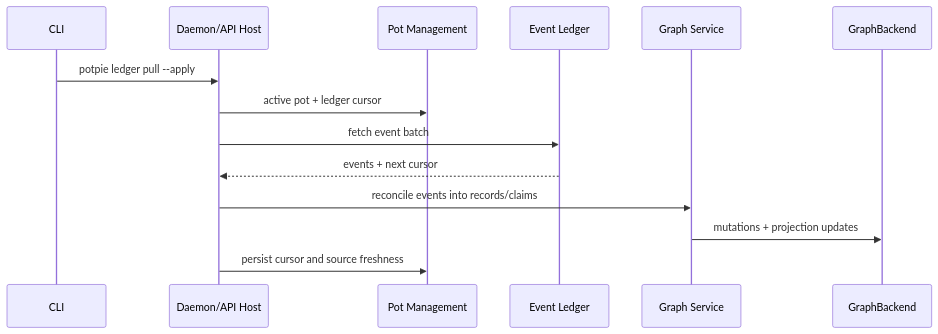
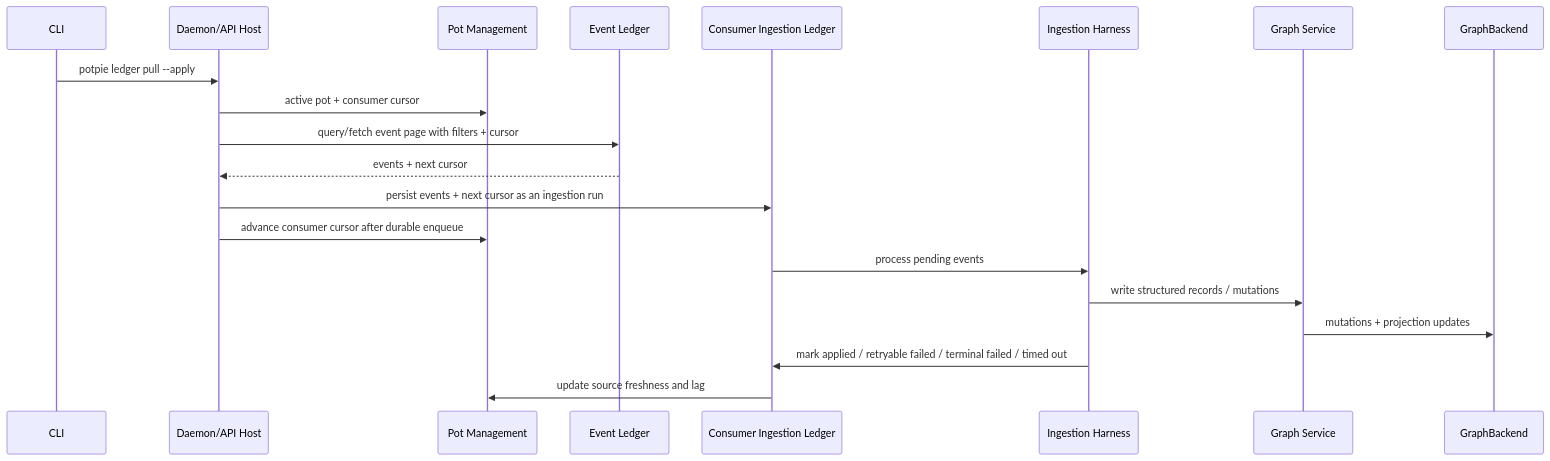
Before and after one commit to potpie-ai/potpie: the eighth of 12 diagrams in docs/context-graph/architecture.md, drawn with Mermaid. The commit also changed other lines of this file and 138 other files, not shown here.

````diff
--- a/docs/context-graph/architecture.md
+++ b/docs/context-graph/architecture.md
@@ -195,17 +371,23 @@
 ```mermaid
 sequenceDiagram
   participant CLI
   participant Host as Daemon/API Host
   participant Pot as Pot Management
   participant Ledger as Event Ledger
+  participant Queue as Consumer Ingestion Ledger
+  participant Ingest as Ingestion Harness
   participant Graph as Graph Service
   participant Backend as GraphBackend
 
   CLI->>Host: potpie ledger pull --apply
-  Host->>Pot: active pot + ledger cursor
-  Host->>Ledger: fetch event batch
+  Host->>Pot: active pot + consumer cursor
+  Host->>Ledger: query/fetch event page with filters + cursor
   Ledger-->>Host: events + next cursor
-  Host->>Graph: reconcile events into records/claims
+  Host->>Queue: persist events + next cursor as an ingestion run
+  Host->>Pot: advance consumer cursor after durable enqueue
+  Queue->>Ingest: process pending events
+  Ingest->>Graph: write structured records / mutations
   Graph->>Backend: mutations + projection updates
-  Host->>Pot: persist cursor and source freshness
+  Ingest->>Queue: mark applied / retryable failed / terminal failed / timed out
+  Queue->>Pot: update source freshness and lag
 ```
````
